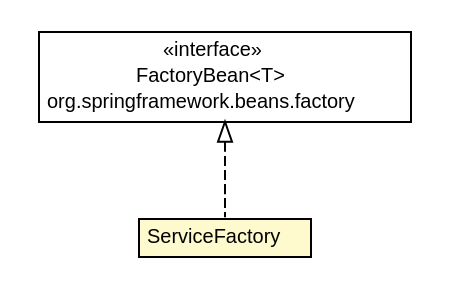
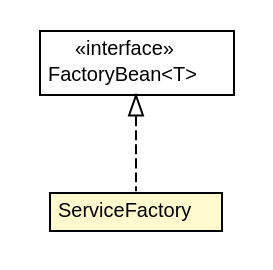
One commit to dayatang/dddlib changed the diagram in dddlib-ioc/dddlib-ioc-spring/testapidocs/org/dayatang/ioc/spring/beans/ServiceFactory.dot. Above: the diagram before and after it, drawn with Graphviz. The commit also changed 127 other files, not shown here.

```diff
--- a/dddlib-ioc/dddlib-ioc-spring/testapidocs/org/dayatang/ioc/spring/beans/ServiceFactory.dot
+++ b/dddlib-ioc/dddlib-ioc-spring/testapidocs/org/dayatang/ioc/spring/beans/ServiceFactory.dot
@@ -1,28 +1,27 @@
 #!/usr/local/bin/dot
 #
 # Class diagram 
 # Generated by UMLGraph version R5_6_6-8-g8d7759 (http://www.umlgraph.org/)
 #
 
 digraph G {
 	edge [fontname="Helvetica",fontsize=10,labelfontname="Helvetica",labelfontsize=10];
 	node [fontname="Helvetica",fontsize=10,shape=plaintext];
 	nodesep=0.25;
 	ranksep=0.5;
 	// org.dayatang.ioc.spring.beans.ServiceFactory
-	c29 [label=<<table title="org.dayatang.ioc.spring.beans.ServiceFactory" border="0" cellborder="1" cellspacing="0" cellpadding="2" port="p" bgcolor="lemonChiffon" href="./ServiceFactory.html">
+	c24 [label=<<table title="org.dayatang.ioc.spring.beans.ServiceFactory" border="0" cellborder="1" cellspacing="0" cellpadding="2" port="p" bgcolor="lemonChiffon" href="./ServiceFactory.html">
 		<tr><td><table border="0" cellspacing="0" cellpadding="1">
 <tr><td align="center" balign="center"> ServiceFactory </td></tr>
 		</table></td></tr>
 		</table>>, URL="./ServiceFactory.html", fontname="Helvetica", fontcolor="black", fontsize=10.0];
 	//org.dayatang.ioc.spring.beans.ServiceFactory implements org.springframework.beans.factory.FactoryBean<T>
-	c33:p -> c29:p [dir=back,arrowtail=empty,style=dashed];
+	c28:p -> c24:p [dir=back,arrowtail=empty,style=dashed];
 	// org.springframework.beans.factory.FactoryBean<T>
-	c33 [label=<<table title="org.springframework.beans.factory.FactoryBean" border="0" cellborder="1" cellspacing="0" cellpadding="2" port="p" href="http://java.sun.com/j2se/1.4.2/docs/api/org/springframework/beans/factory/FactoryBean.html">
+	c28 [label=<<table title="org.springframework.beans.factory.FactoryBean" border="0" cellborder="1" cellspacing="0" cellpadding="2" port="p">
 		<tr><td><table border="0" cellspacing="0" cellpadding="1">
 <tr><td align="center" balign="center"> &#171;interface&#187; </td></tr>
 <tr><td align="center" balign="center"> FactoryBean&lt;T&gt; </td></tr>
-<tr><td align="center" balign="center"> org.springframework.beans.factory </td></tr>
 		</table></td></tr>
-		</table>>, URL="http://java.sun.com/j2se/1.4.2/docs/api/org/springframework/beans/factory/FactoryBean.html", fontname="Helvetica", fontcolor="black", fontsize=10.0];
+		</table>>, URL="null", fontname="Helvetica", fontcolor="black", fontsize=10.0];
 }
```
